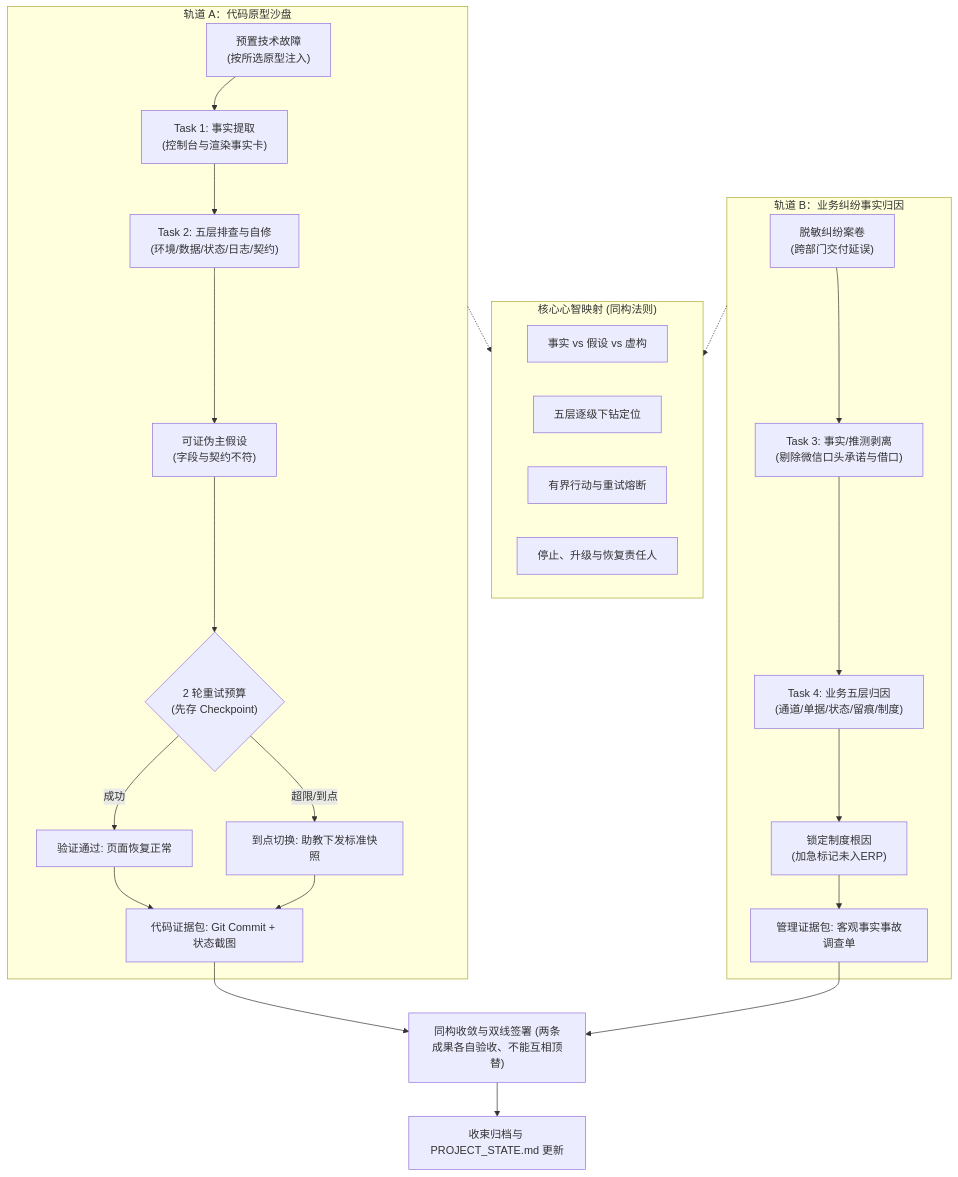
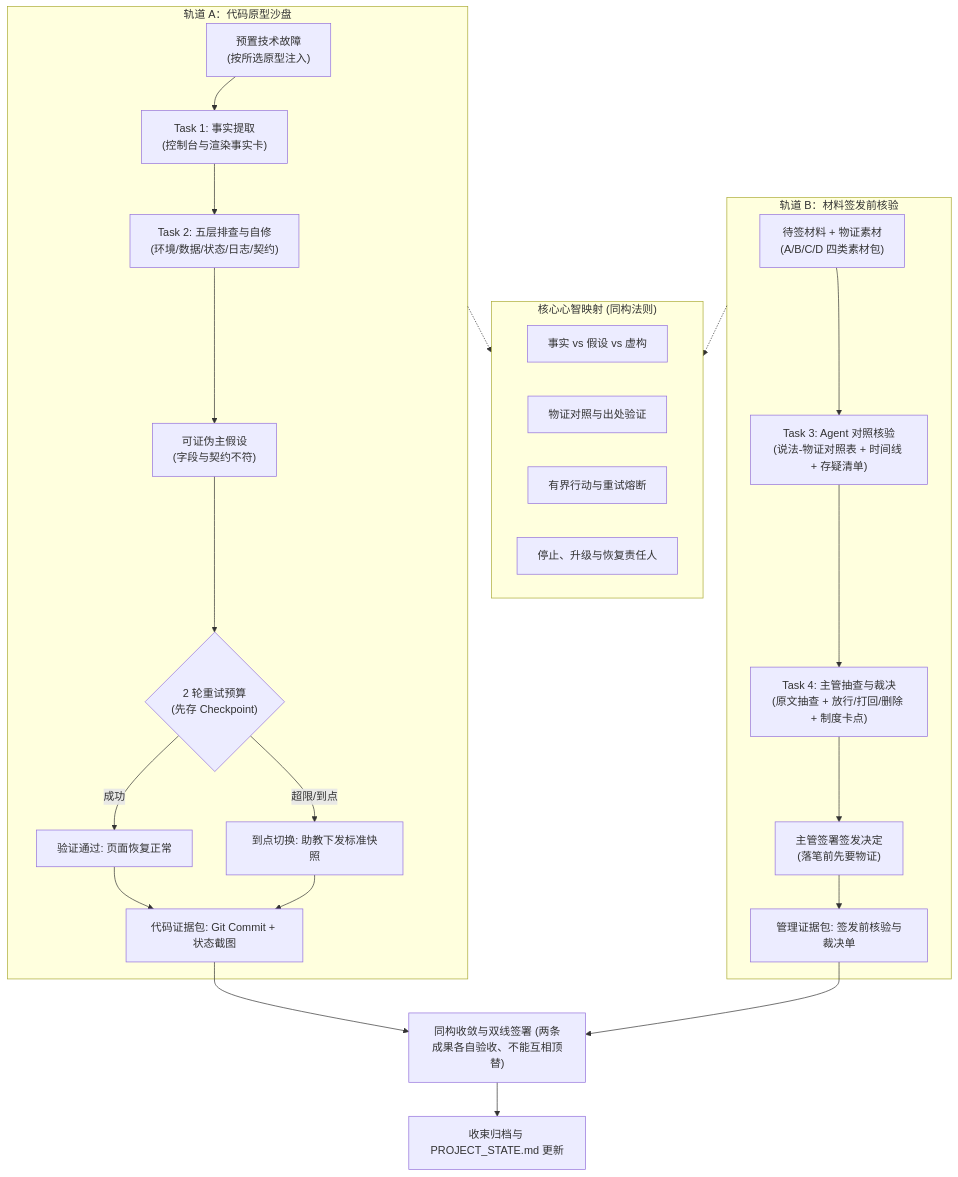
Before and after one commit to fishfuuu/ai-business-prototype-bootcamp: the diagram in lessons/LESSON_06_GUIDE.md, drawn with Mermaid. The commit also changed other lines of this file and 17 other files, not shown here.

````diff
--- a/lessons/LESSON_06_GUIDE.md
+++ b/lessons/LESSON_06_GUIDE.md
@@ -35,33 +35,33 @@
 ```mermaid
 flowchart TB
     subgraph TrackA["轨道 A：代码原型沙盘"]
         A1["预置技术故障<br/>(按所选原型注入)"] --> A2["Task 1: 事实提取<br/>(控制台与渲染事实卡)"]
         A2 --> A3["Task 2: 五层排查与自修<br/>(环境/数据/状态/日志/契约)"]
         A3 --> A4["可证伪主假设<br/>(字段与契约不符)"]
         A4 --> A5{"2 轮重试预算<br/>(先存 Checkpoint)"}
         A5 -- "成功" --> A6["验证通过: 页面恢复正常"]
         A5 -- "超限/到点" --> A7["到点切换: 助教下发标准快照"]
         A6 --> AE["代码证据包: Git Commit + 状态截图"]
         A7 --> AE
     end
 
     subgraph CoreLogic["核心心智映射 (同构法则)"]
         M1["事实 vs 假设 vs 虚构"]
-        M2["五层逐级下钻定位"]
+        M2["物证对照与出处验证"]
         M3["有界行动与重试熔断"]
         M4["停止、升级与恢复责任人"]
     end
 
-    subgraph TrackB["轨道 B：业务纠纷事实归因"]
-        B1["脱敏纠纷案卷<br/>(跨部门交付延误)"] --> B2["Task 3: 事实/推测剥离<br/>(剔除微信口头承诺与借口)"]
-        B2 --> B3["Task 4: 业务五层归因<br/>(通道/单据/状态/留痕/制度)"]
-        B3 --> B4["锁定制度根因<br/>(加急标记未入ERP)"]
-        B4 --> BE["管理证据包: 客观事实事故调查单"]
+    subgraph TrackB["轨道 B：材料签发前核验"]
+        B1["待签材料 + 物证素材<br/>(A/B/C/D 四类素材包)"] --> B2["Task 3: Agent 对照核验<br/>(说法-物证对照表 + 时间线 + 存疑清单)"]
+        B2 --> B3["Task 4: 主管抽查与裁决<br/>(原文抽查 + 放行/打回/删除 + 制度卡点)"]
+        B3 --> B4["主管签署签发决定<br/>(落笔前先要物证)"]
+        B4 --> BE["管理证据包: 签发前核验与裁决单"]
     end
 
     TrackA -.-> CoreLogic
     TrackB -.-> CoreLogic
     AE --> S["同构收敛与双线签署 (两条成果各自验收、不能互相顶替)"]
     BE --> S
     S --> FIN["收束归档与 PROJECT_STATE.md 更新"]
 ```
````
